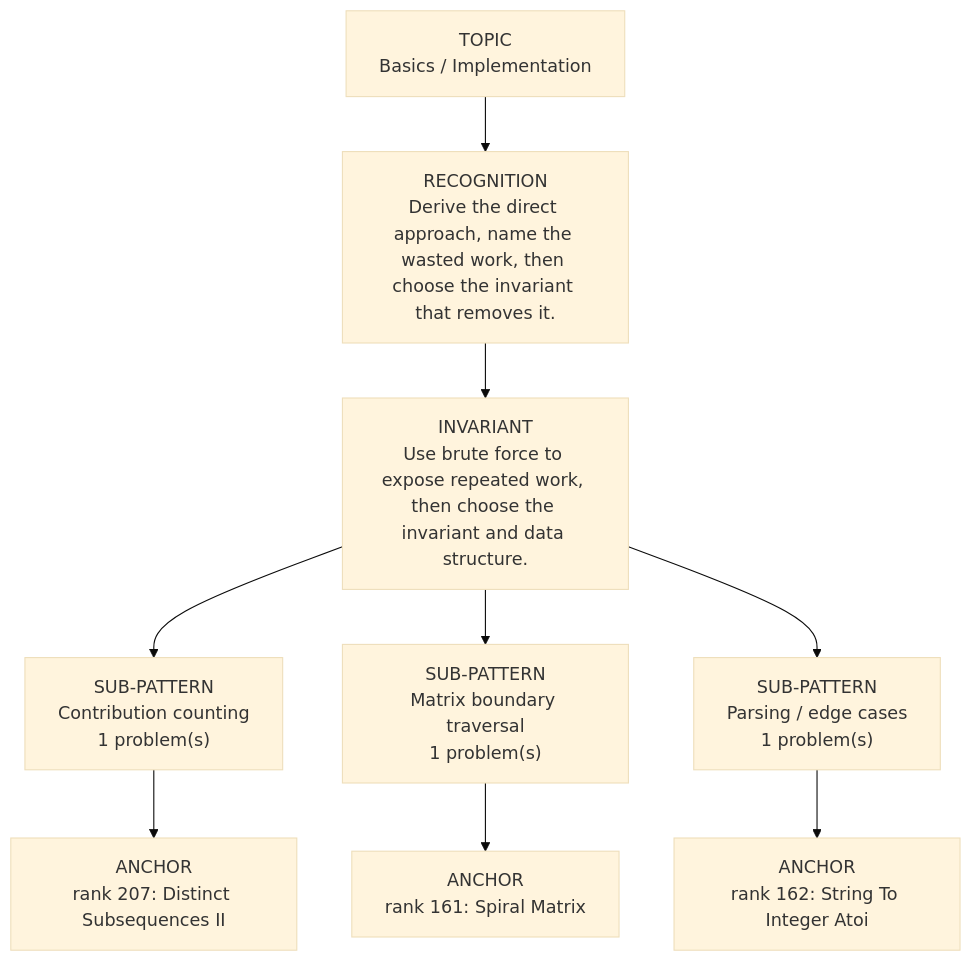
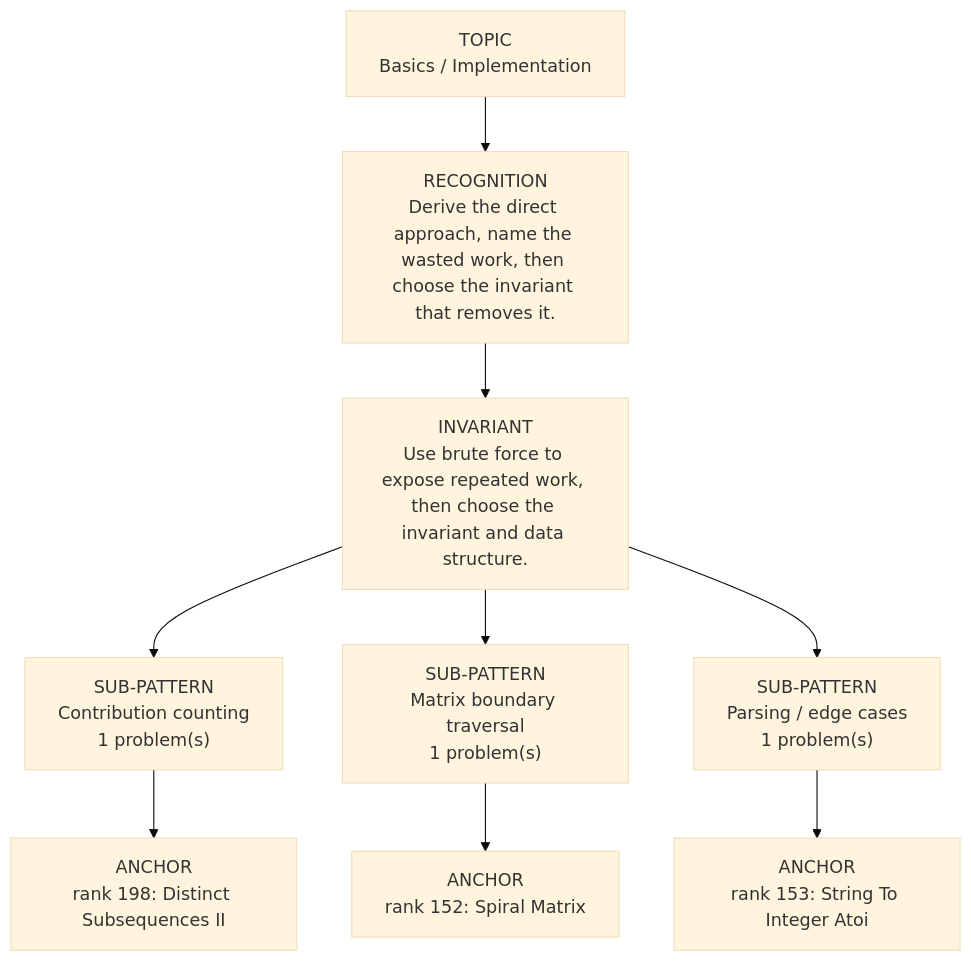
One commit to thechiranjeevjain/DSA10days changed the diagram in dsa-review/interview/patterns/20_core_basics.md. Above: the diagram before and after it, drawn with Mermaid (base theme). The commit also changed other lines of this file and 61 other files, not shown here.

````diff
--- a/dsa-review/interview/patterns/20_core_basics.md
+++ b/dsa-review/interview/patterns/20_core_basics.md
@@ -15,13 +15,13 @@
 ```mermaid
 flowchart TD
   Topic["TOPIC<br/>Basics / Implementation"]
   Recognition["RECOGNITION<br/>Derive the direct approach, name the wasted work, then choose the invariant that removes it."]
   Invariant["INVARIANT<br/>Use brute force to expose repeated work, then choose the invariant and data structure."]
   Topic --> Recognition --> Invariant
   Invariant --> Sub01["SUB-PATTERN<br/>Contribution counting<br/>1 problem(s)"]
-  Sub01 --> Sub01A01["ANCHOR<br/>rank 207: Distinct Subsequences II"]
+  Sub01 --> Sub01A01["ANCHOR<br/>rank 198: Distinct Subsequences II"]
   Invariant --> Sub02["SUB-PATTERN<br/>Matrix boundary traversal<br/>1 problem(s)"]
-  Sub02 --> Sub02A01["ANCHOR<br/>rank 161: Spiral Matrix"]
+  Sub02 --> Sub02A01["ANCHOR<br/>rank 152: Spiral Matrix"]
   Invariant --> Sub03["SUB-PATTERN<br/>Parsing / edge cases<br/>1 problem(s)"]
-  Sub03 --> Sub03A01["ANCHOR<br/>rank 162: String To Integer Atoi"]
+  Sub03 --> Sub03A01["ANCHOR<br/>rank 153: String To Integer Atoi"]
 ```
````
